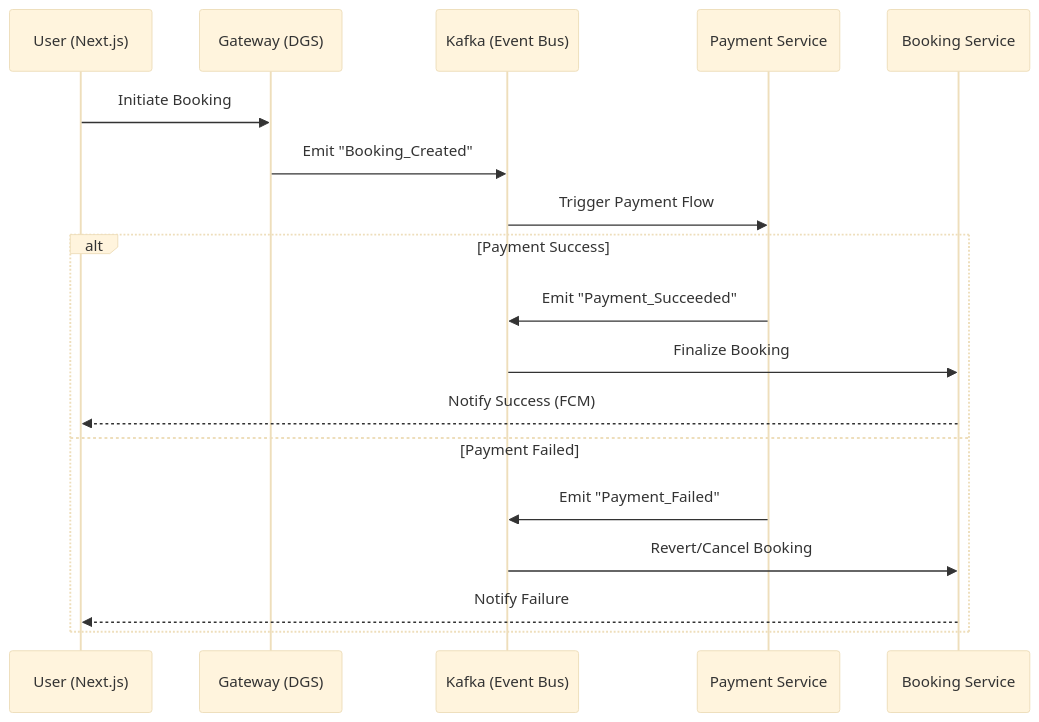
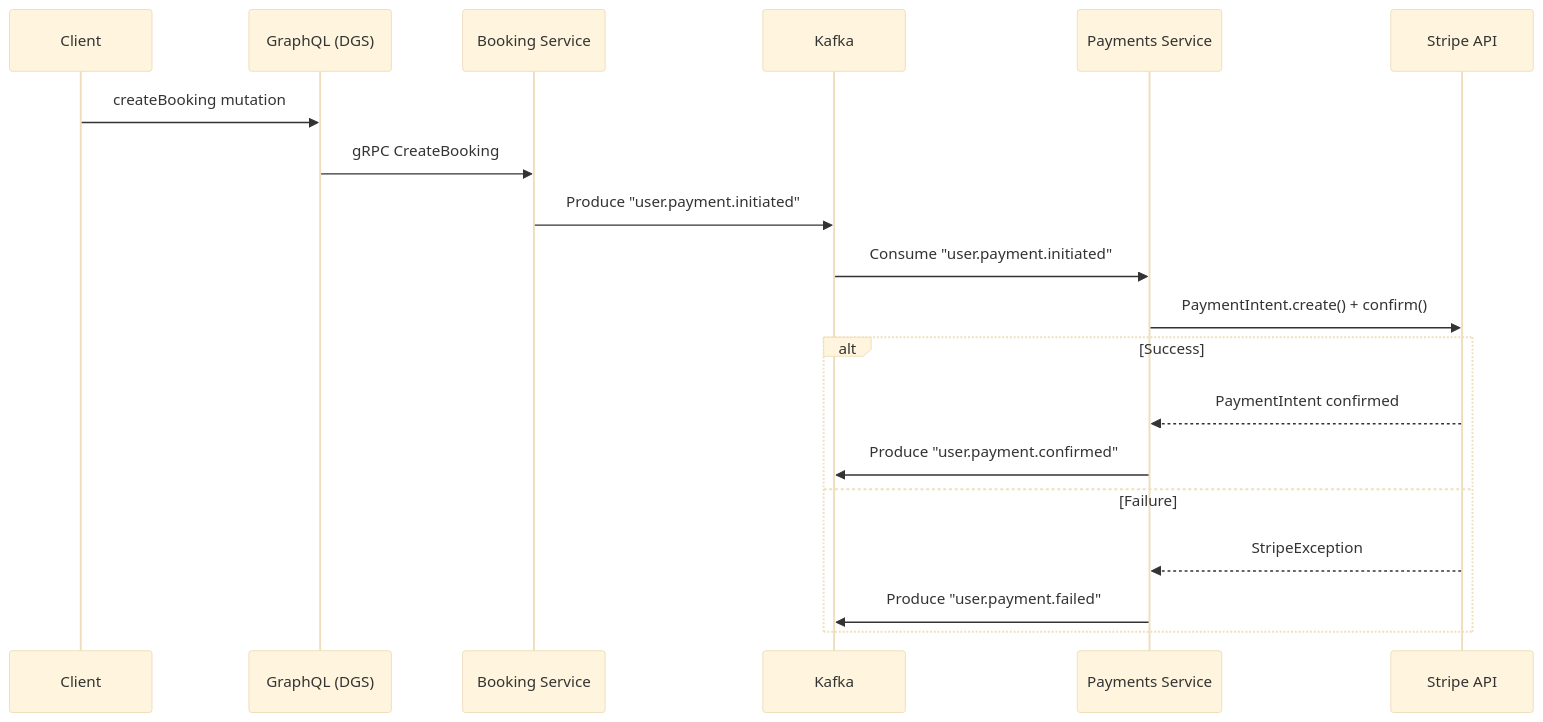
One commit to bellerophon95/mypage changed the second of 2 diagrams in content/rentaroost/index.md. Above: the diagram before and after it, drawn with Mermaid (base theme). The commit also changed other lines of this file, not shown here.

````diff
--- a/content/rentaroost/index.md
+++ b/content/rentaroost/index.md
@@ -33,21 +81,22 @@
 ```mermaid
 sequenceDiagram
-    participant U as User (Next.js)
-    participant G as Gateway (DGS)
-    participant K as Kafka (Event Bus)
-    participant P as Payment Service
-    participant B as Booking Service
-
-    U->>G: Initiate Booking
-    G->>K: Emit "Booking_Created"
-    K->>P: Trigger Payment Flow
-    alt Payment Success
-        P->>K: Emit "Payment_Succeeded"
-        K->>B: Finalize Booking
-        B-->>U: Notify Success (FCM)
-    else Payment Failed
-        P->>K: Emit "Payment_Failed"
-        K->>B: Revert/Cancel Booking
-        B-->>U: Notify Failure
+    participant C as Client
+    participant GQL as GraphQL (DGS)
+    participant BS as Booking Service
+    participant K as Kafka
+    participant PS as Payments Service
+    participant S as Stripe API
+    
+    C->>GQL: createBooking mutation
+    GQL->>BS: gRPC CreateBooking
+    BS->>K: Produce "user.payment.initiated"
+    K->>PS: Consume "user.payment.initiated"
+    PS->>S: PaymentIntent.create() + confirm()
+    alt Success
+        S-->>PS: PaymentIntent confirmed
+        PS->>K: Produce "user.payment.confirmed"
+    else Failure
+        S-->>PS: StripeException
+        PS->>K: Produce "user.payment.failed"
     end
 ```
````
